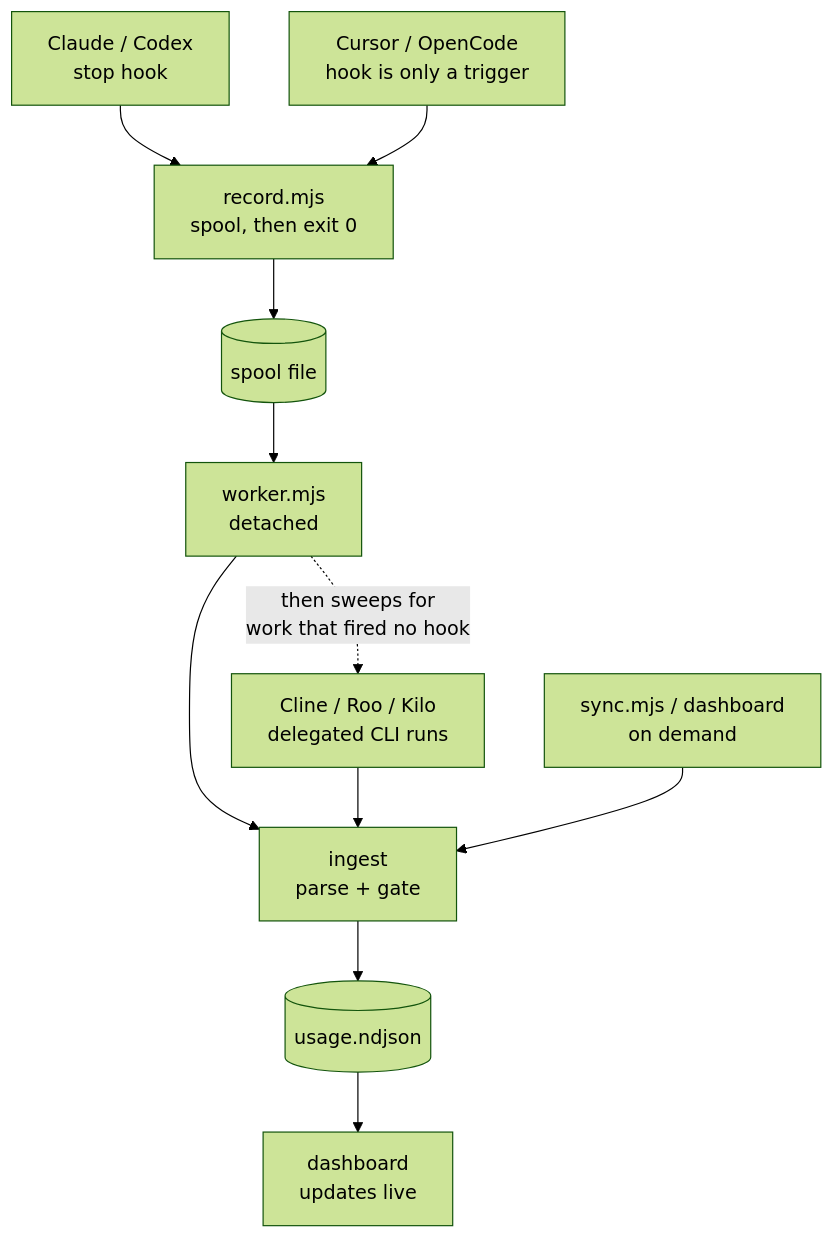
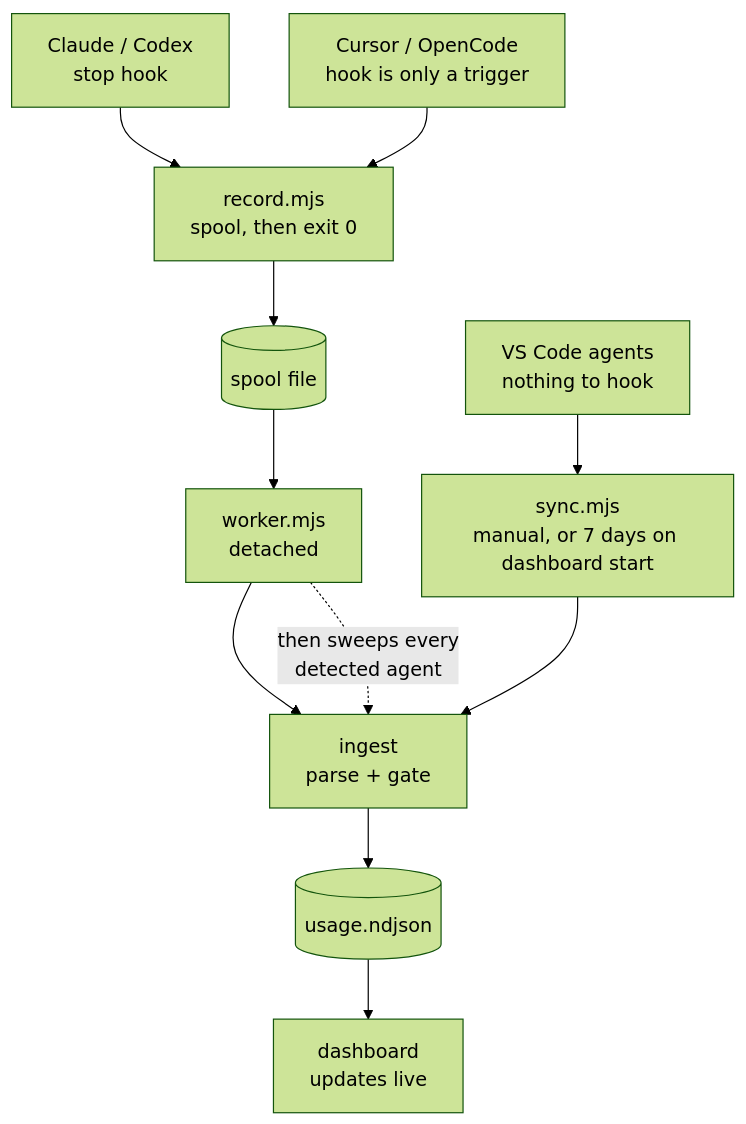
One commit to Kud0o/ai-usage-inspector changed the first of 2 diagrams in README.md. Above: the diagram before and after it, drawn with Mermaid (forest theme). The commit also changed other lines of this file, not shown here.

First line of the commit message:
Correct the README against the code, including my own last pass

````diff
--- a/README.md
+++ b/README.md
@@ -23,13 +23,13 @@
 ```mermaid
 flowchart TD
   A["Claude / Codex<br/>stop hook"] --> R["record.mjs<br/>spool, then exit 0"]
   B["Cursor / OpenCode<br/>hook is only a trigger"] --> R
   R --> S[("spool file")]
   S --> W["worker.mjs<br/>detached"]
   W --> I["ingest<br/>parse + gate"]
-  W -. "then sweeps for<br/>work that fired no hook" .-> V
-  V["Cline / Roo / Kilo<br/>delegated CLI runs"] --> I
-  Y["sync.mjs / dashboard<br/>on demand"] --> I
+  W -. "then sweeps every<br/>detected agent" .-> I
+  V["VS Code agents<br/>nothing to hook"] --> Y["sync.mjs<br/>manual, or 7 days on dashboard start"]
+  Y --> I
   I --> D[("usage.ndjson")]
   D --> P["dashboard<br/>updates live"]
 ```
````
